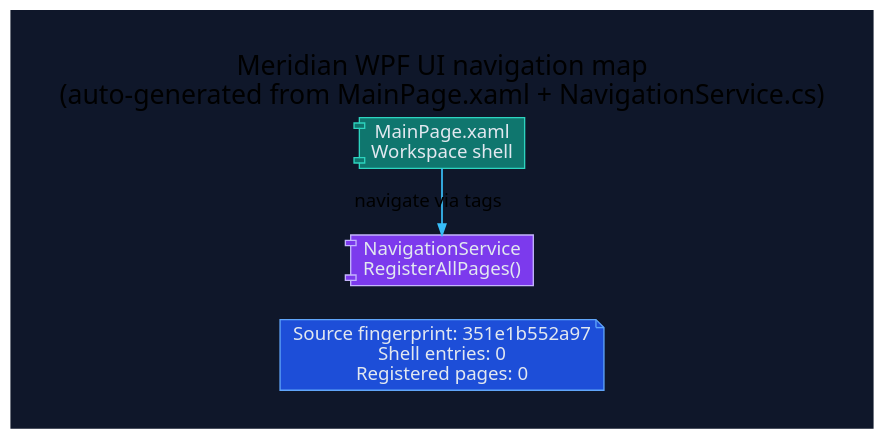
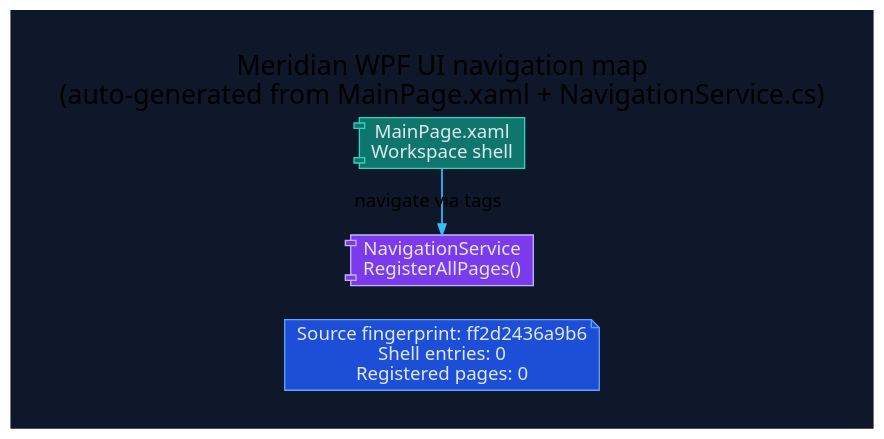
Before and after one commit to rodoHasArrived/Meridian-main: the diagram in docs/diagrams/ui-navigation-map.dot, drawn with Graphviz. The commit also changed 5 other files, not shown here.

Commit message:
docs(diagrams): regenerate diagram artifacts from sources

```diff
--- a/docs/diagrams/ui-navigation-map.dot
+++ b/docs/diagrams/ui-navigation-map.dot
@@ -1,27 +1,27 @@
 // -----------------------------------------------------------------------------
 // <auto-generated>
 // Generated by scripts/generate-diagrams.mjs.
 // Do not edit this file directly; update the WPF source files instead.
 // -----------------------------------------------------------------------------
 digraph UiNavigationMap {
   graph [
     rankdir=LR,
     labelloc=t,
     label="Meridian WPF UI navigation map\n(auto-generated from MainPage.xaml + NavigationService.cs)",
     fontname="Segoe UI",
     fontsize=20,
     pad=0.4,
     nodesep=0.35,
     ranksep=1.0,
     bgcolor="#0f172a"
   ];
   node [fontname="Segoe UI", shape=box, style="rounded,filled", color="#475569", fontcolor="#e2e8f0", fillcolor="#1e293b"];
   edge [fontname="Segoe UI", color="#94a3b8", penwidth=1.3, arrowsize=0.8];
 
-  generated [shape=note, fillcolor="#1d4ed8", color="#60a5fa", label="Source fingerprint: 351e1b552a97\nShell entries: 0\nRegistered pages: 0"];
+  generated [shape=note, fillcolor="#1d4ed8", color="#60a5fa", label="Source fingerprint: ff2d2436a9b6\nShell entries: 0\nRegistered pages: 0"];
   shell [shape=component, fillcolor="#0f766e", color="#2dd4bf", label="MainPage.xaml\nWorkspace shell"];
   navigation [shape=component, fillcolor="#7c3aed", color="#c4b5fd", label="NavigationService\nRegisterAllPages()"];
   shell -> navigation [label="navigate via tags", color="#38bdf8"];
 
   { rank=min; generated; shell; navigation; }
 }
```
